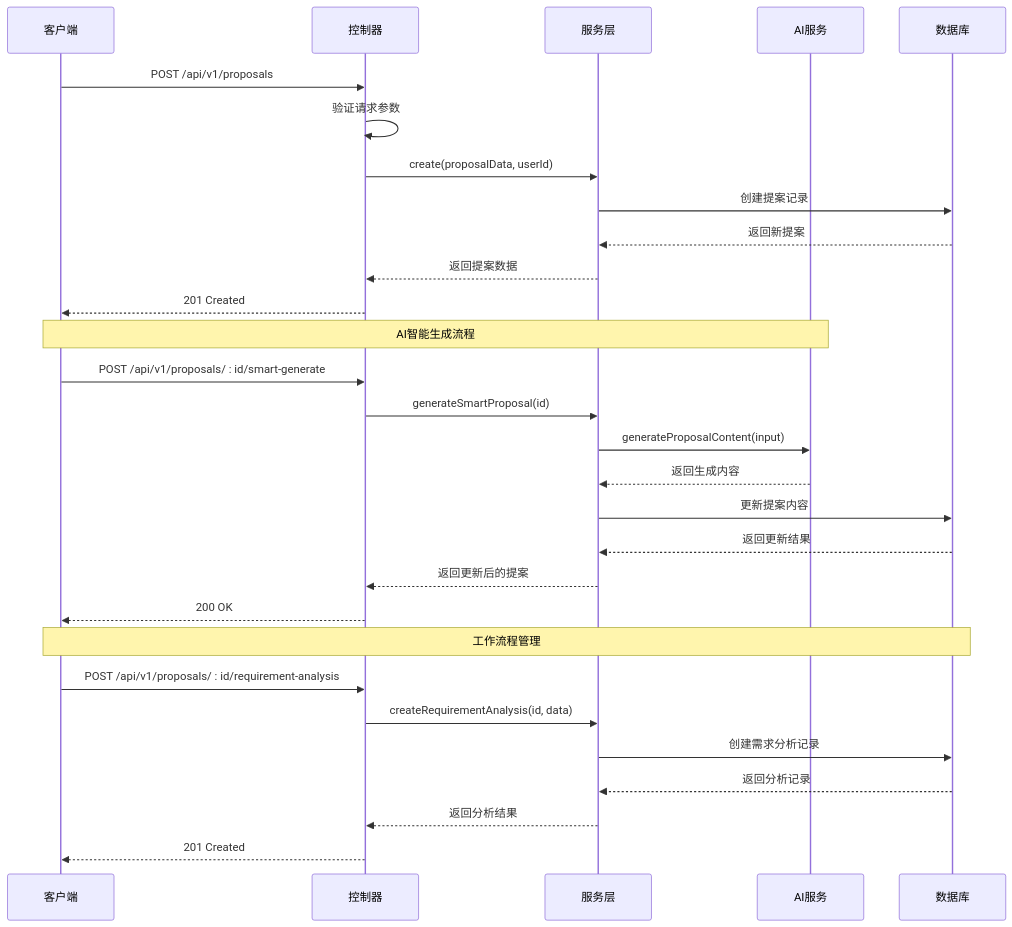
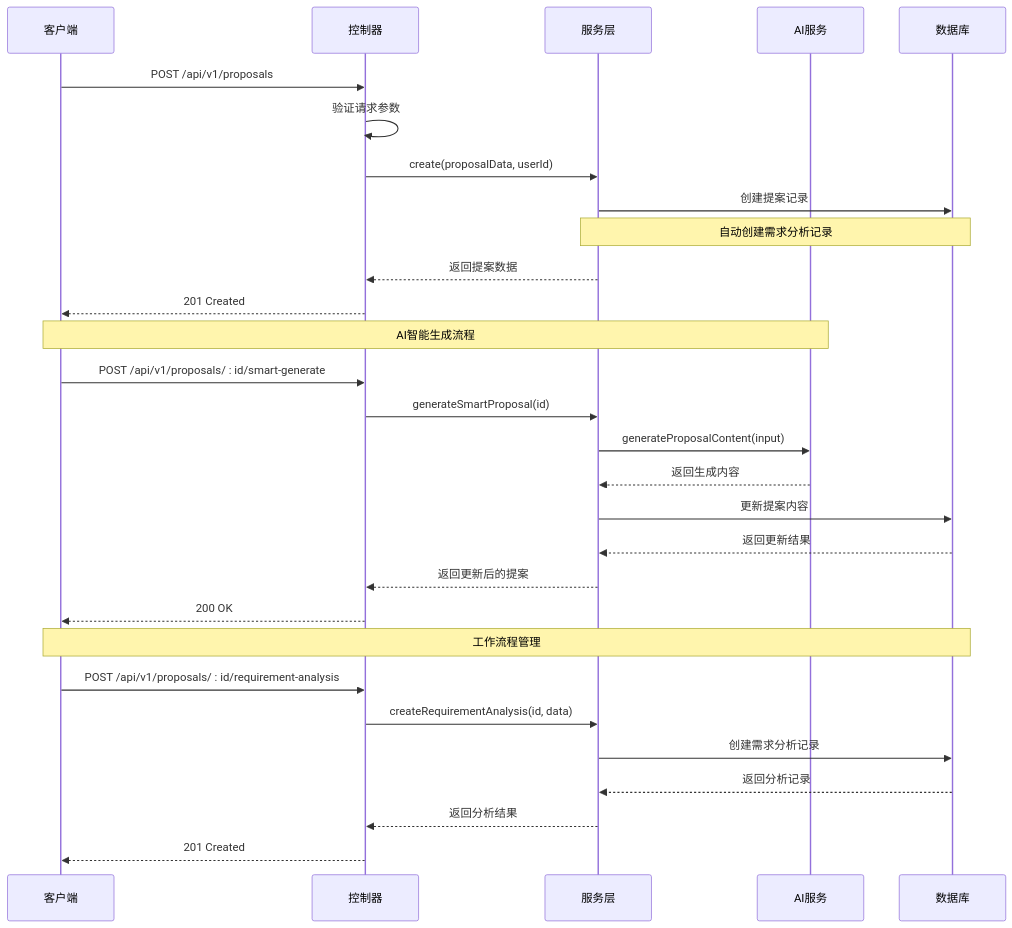
Before and after one commit to xianjianshenqu/SalesFlow-CRM: the second of 6 diagrams in .qoder/repowiki/zh/content/Proposal Service.md, drawn with Mermaid. The commit also changed other lines of this file and 10 other files, not shown here.

````diff
--- a/.qoder/repowiki/zh/content/Proposal Service.md
+++ b/.qoder/repowiki/zh/content/Proposal Service.md
@@ -132,31 +138,31 @@
 ```mermaid
 sequenceDiagram
 participant Client as 客户端
 participant Controller as 控制器
 participant Service as 服务层
 participant AI as AI服务
 participant DB as 数据库
 Client->>Controller : POST /api/v1/proposals
 Controller->>Controller : 验证请求参数
 Controller->>Service : create(proposalData, userId)
 Service->>DB : 创建提案记录
-DB-->>Service : 返回新提案
+Note over Service,DB : 自动创建需求分析记录
 Service-->>Controller : 返回提案数据
 Controller-->>Client : 201 Created
 Note over Client,AI : AI智能生成流程
 Client->>Controller : POST /api/v1/proposals/ : id/smart-generate
 Controller->>Service : generateSmartProposal(id)
 Service->>AI : generateProposalContent(input)
 AI-->>Service : 返回生成内容
 Service->>DB : 更新提案内容
 DB-->>Service : 返回更新结果
 Service-->>Controller : 返回更新后的提案
 Controller-->>Client : 200 OK
 Note over Client,DB : 工作流程管理
 Client->>Controller : POST /api/v1/proposals/ : id/requirement-analysis
 Controller->>Service : createRequirementAnalysis(id, data)
 Service->>DB : 创建需求分析记录
 DB-->>Service : 返回分析记录
 Service-->>Controller : 返回分析结果
 Controller-->>Client : 201 Created
 ```
````
